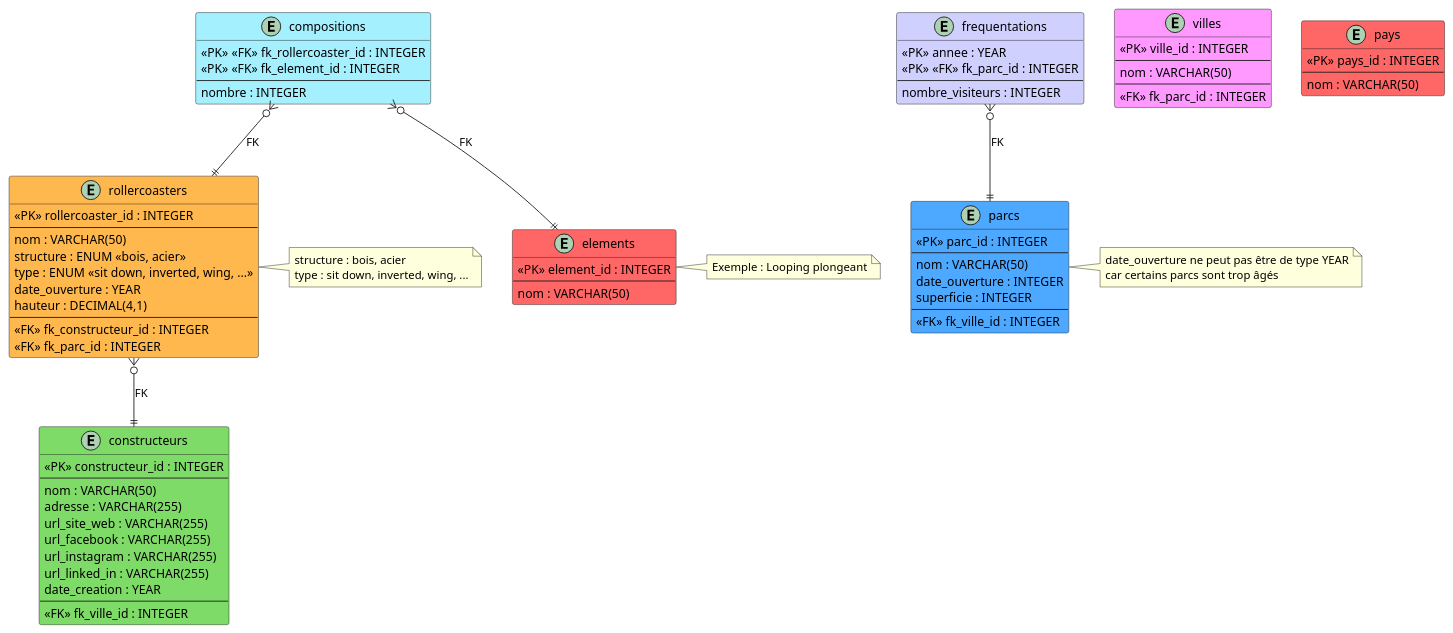
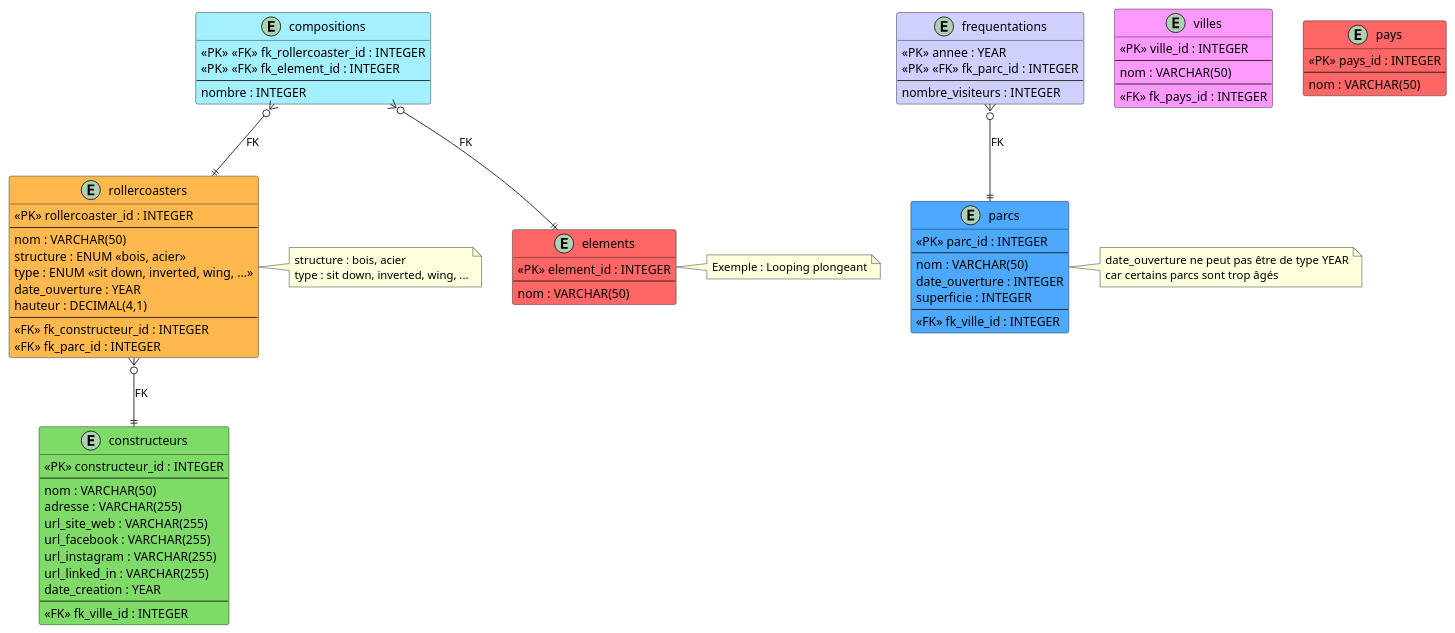
The diagram in Schéma ERD eurocoasters (A COMPLETER).puml (victorgms3/uml), drawn with PlantUML before and after one commit. The commit also changed 2 other files, not shown here.

```diff
--- a/Schéma ERD eurocoasters (A COMPLETER).puml
+++ b/Schéma ERD eurocoasters (A COMPLETER).puml
@@ -1,120 +1,120 @@
 @startuml
 
 ' Personnalisation des stéréotypes PK et FK :
 skinparam class {
     StereotypeFontColor<<PK>> Black
     StereotypeFontColor<<FK>> Black
     StereotypeBackgroundColor<<PK>> YellowGreen
     StereotypeBackgroundColor<<FK>> LightSkyBlue
     SterotypeBorderColor<<PK>> Black
     SterotypeBorderColor<<FK>> Black
 }
 
 ' ---------------------------------
 ' Définition des entités (tables) :
 ' ---------------------------------
 
 entity rollercoasters #FFB84D {
     <<PK>> rollercoaster_id : INTEGER
     --
     nom : VARCHAR(50)
     structure : ENUM <<bois, acier>>
     type : ENUM <<sit down, inverted, wing, ...>>
     date_ouverture : YEAR
     hauteur : DECIMAL(4,1)
     --
     <<FK>> fk_constructeur_id : INTEGER
     <<FK>> fk_parc_id : INTEGER
 }
 
 entity constructeurs #7FDB67 {
     <<PK>> constructeur_id : INTEGER
     --
     nom : VARCHAR(50)
     adresse : VARCHAR(255)
     url_site_web : VARCHAR(255)
     url_facebook : VARCHAR(255)
     url_instagram : VARCHAR(255)
     url_linked_in : VARCHAR(255)
     date_creation : YEAR
     --
     <<FK>> fk_ville_id : INTEGER
 }
 
 entity parcs #4DA8FF {
     <<PK>> parc_id : INTEGER
     --
     nom : VARCHAR(50)    
     date_ouverture : INTEGER
     superficie : INTEGER
     --
     <<FK>> fk_ville_id : INTEGER
 }
 
 entity villes #FF99FF {
     <<PK>> ville_id : INTEGER
     --
     nom : VARCHAR(50)
     --
-    <<FK>> fk_parc_id : INTEGER
+    <<FK>> fk_pays_id : INTEGER
 }
 
 entity pays #FF6666 {
     <<PK>> pays_id : INTEGER
     --
     nom : VARCHAR(50)
 }
 
 entity compositions #A4F0FF {
     <<PK>> <<FK>> fk_rollercoaster_id : INTEGER
     <<PK>> <<FK>> fk_element_id : INTEGER
     --
     nombre : INTEGER
 }
 
 entity elements #FF6666 {
     <<PK>> element_id : INTEGER
     --
     nom : VARCHAR(50)
 }
 
 entity frequentations #D0D0FF {
     <<PK>> annee : YEAR
     <<PK>> <<FK>> fk_parc_id : INTEGER
     --
     nombre_visiteurs : INTEGER
 }
 
 
 ' --------------------------------------------
 ' Définition des relations entre les entités :
 ' --------------------------------------------
 
 rollercoasters }o--|| constructeurs : "FK"
 
 ' COMPLETER ICI LES 4 RELATIONS MANQUANTES
 
 compositions }o--|| rollercoasters : "FK"
 compositions }o--|| elements : "FK"
 frequentations }o--|| parcs : "FK"
 
 
 ' ---------------------------------------------------------
 ' Annotations sur les types ou autres informations utiles :
 ' ---------------------------------------------------------
 
 note right of rollercoasters
     structure : bois, acier
     type : sit down, inverted, wing, ...
 end note
 
 note right of parcs
     date_ouverture ne peut pas être de type YEAR
     car certains parcs sont trop âgés
 end note
 
 note right of elements
     Exemple : Looping plongeant
 end note
 
 @enduml
```
